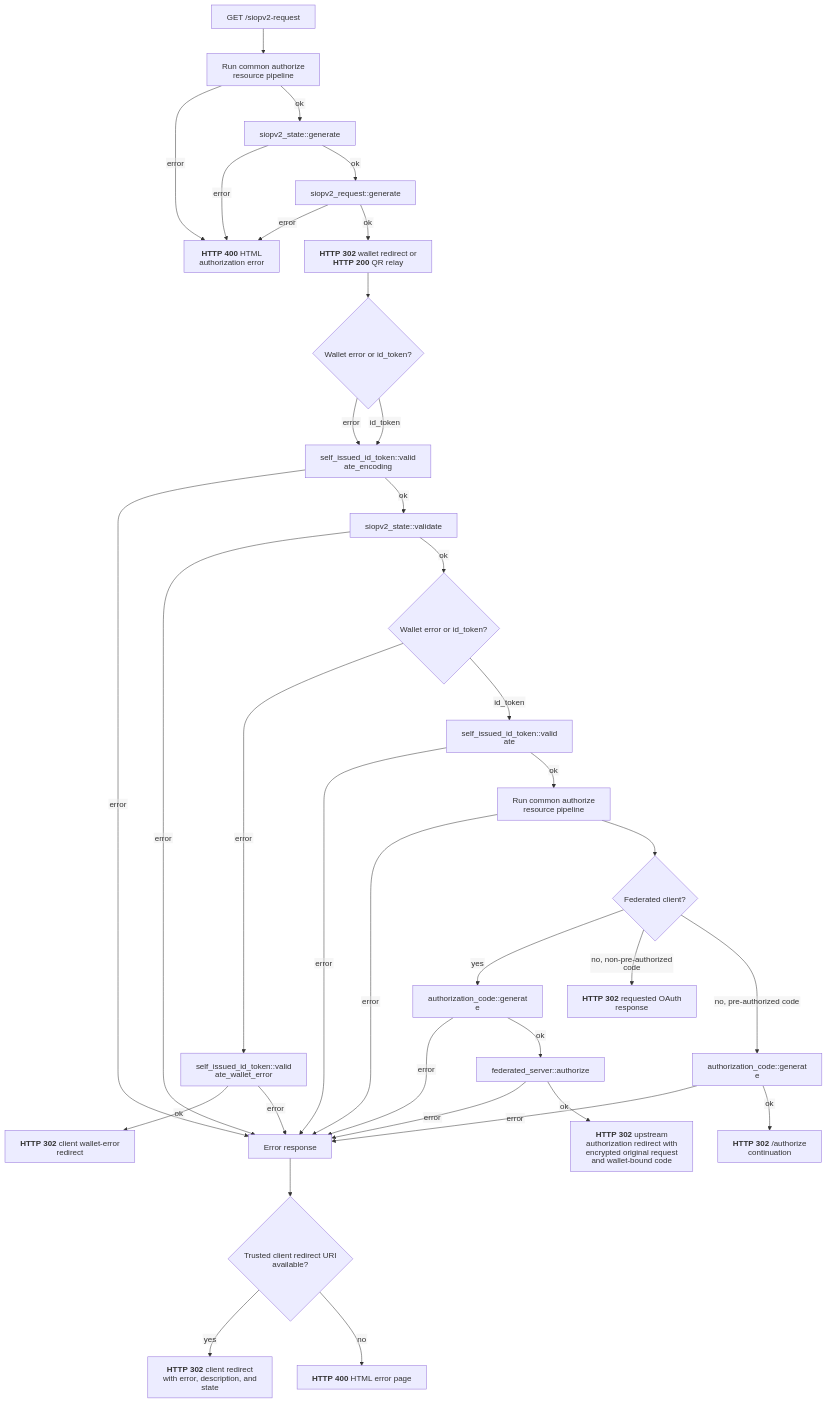
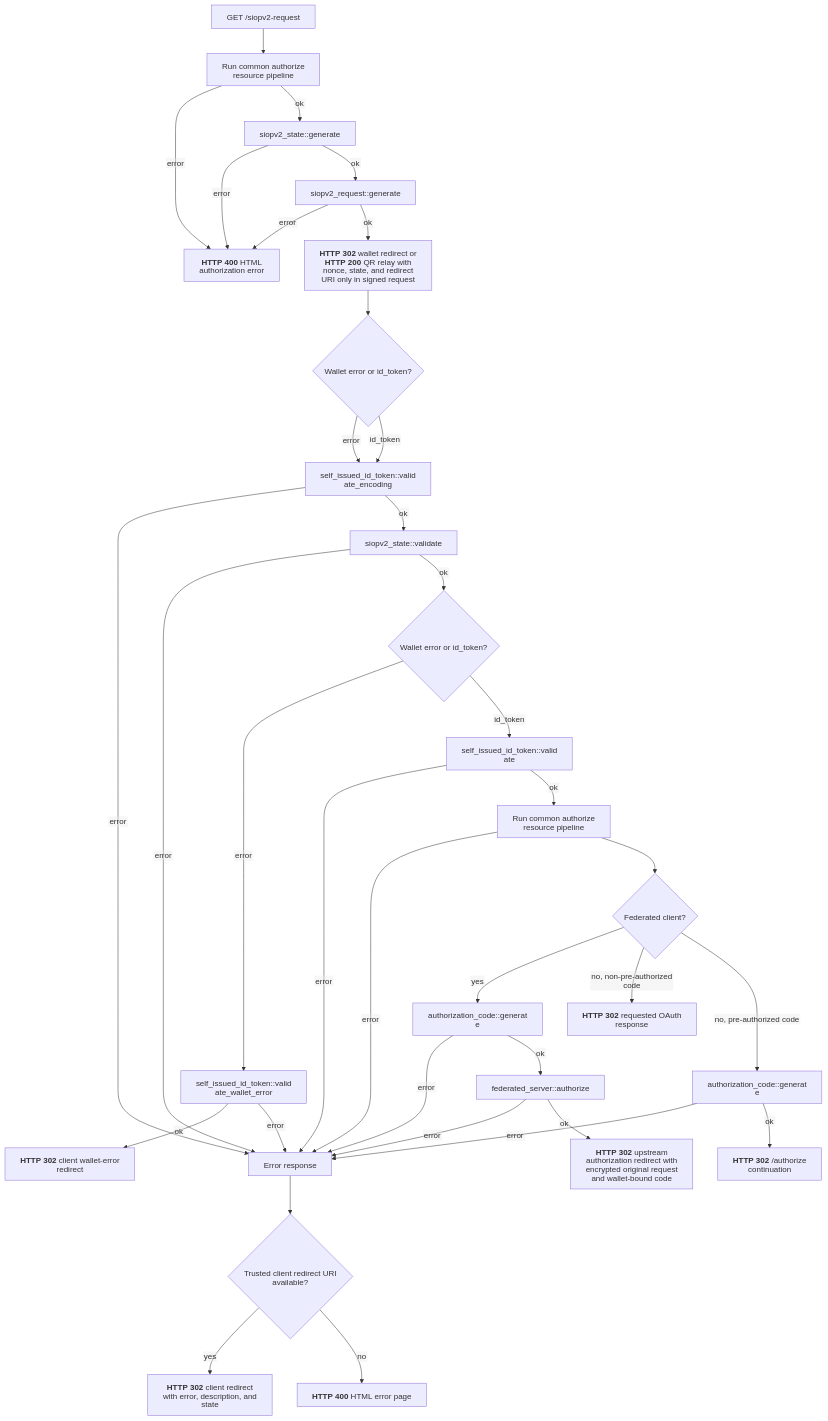
One commit to malach-it/kagome changed the diagram in docs/flows/siopv2/siopv2.mmd. Above: the diagram before and after it, drawn with Mermaid. The commit also changed 16 other files, not shown here.

Commit message:
fix: keep wallet transaction parameters in request jwt

```diff
--- a/docs/flows/siopv2/siopv2.mmd
+++ b/docs/flows/siopv2/siopv2.mmd
@@ -1,36 +1,36 @@
 %%{init: {"htmlLabels": false, "flowchart": {"htmlLabels": false}}}%%
 flowchart TD
     begin[GET /siopv2-request] --> authorize[Run common authorize resource pipeline]
     authorize -- error --> request_error["`**HTTP 400** HTML authorization error`"]
     authorize -- ok --> state["siopv2_state::generate"]
     state -- error --> request_error
     state -- ok --> request_object["siopv2_request::generate"]
     request_object -- error --> request_error
-    request_object -- ok --> authorization["`**HTTP 302** wallet redirect or **HTTP 200** QR relay`"]
+    request_object -- ok --> authorization["`**HTTP 302** wallet redirect or **HTTP 200** QR relay with nonce, state, and redirect URI only in signed request`"]
     authorization --> wallet{Wallet error or id_token?}
     wallet -- error --> encoding["self_issued_id_token::validate_encoding"]
     wallet -- id_token --> encoding
     encoding -- error --> response_error
     encoding -- ok --> restore["siopv2_state::validate"]
     restore -- error --> response_error
     restore -- ok --> kind{Wallet error or id_token?}
     kind -- error --> wallet_error["self_issued_id_token::validate_wallet_error"]
     wallet_error -- ok --> wallet_redirect["`**HTTP 302** client wallet-error redirect`"]
     wallet_error -- error --> response_error
     kind -- id_token --> id_token["self_issued_id_token::validate"]
     id_token -- error --> response_error
     id_token -- ok --> continuation[Run common authorize resource pipeline]
     continuation -- error --> response_error
     continuation --> federated{Federated client?}
     federated -- yes --> federation_code["authorization_code::generate"]
     federation_code -- error --> response_error
     federation_code -- ok --> federated_authorize["federated_server::authorize"]
     federated_authorize -- error --> response_error
     federated_authorize -- ok --> federation_redirect["`**HTTP 302** upstream authorization redirect with encrypted original request and wallet-bound code`"]
     federated -- no, non-pre-authorized code --> identity_success["`**HTTP 302** requested OAuth response`"]
     federated -- no, pre-authorized code --> continuation_code["authorization_code::generate"]
     continuation_code -- error --> response_error
     continuation_code -- ok --> authorize_redirect["`**HTTP 302** /authorize continuation`"]
     response_error[Error response] --> destination{Trusted client redirect URI available?}
     destination -- yes --> error_redirect["`**HTTP 302** client redirect with error, description, and state`"]
     destination -- no --> html_error["`**HTTP 400** HTML error page`"]
```
